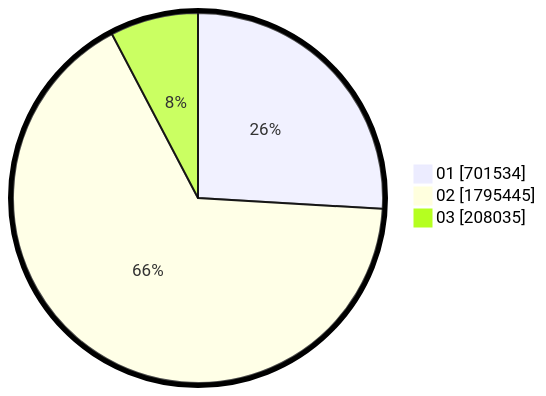
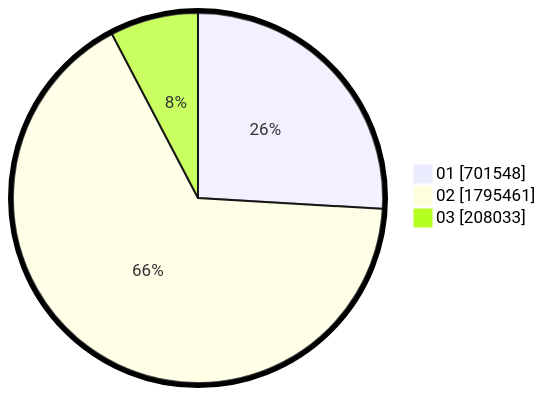
One commit to gigit-pemilu/pemilu-2024 changed the second of 2 diagrams in pilpres/hitung-suara/sub/table-wilayah-52.md. Above: the diagram before and after it, drawn with Mermaid. The commit also changed other lines of this file and 12 other files, not shown here.

````diff
--- a/pilpres/hitung-suara/sub/table-wilayah-52.md
+++ b/pilpres/hitung-suara/sub/table-wilayah-52.md
@@ -15,7 +15,7 @@
 ```mermaid
 %%{init: {"pie": {"textPosition": 0.5}, "themeVariables": {"pieOuterStrokeWidth": "5px"}} }%%
 pie showData
-    "01" : 701534
-    "02" : 1795445
-    "03" : 208035
+    "01" : 701548
+    "02" : 1795461
+    "03" : 208033
 ```
````
